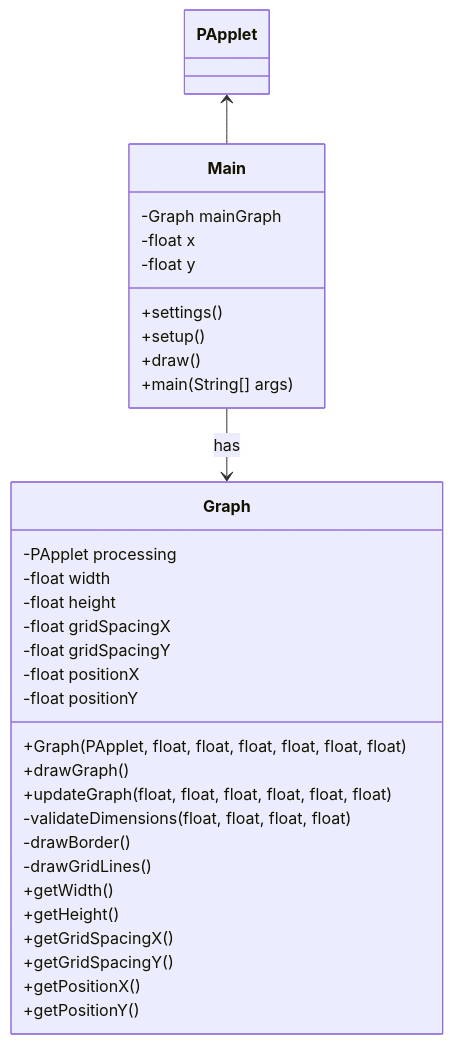
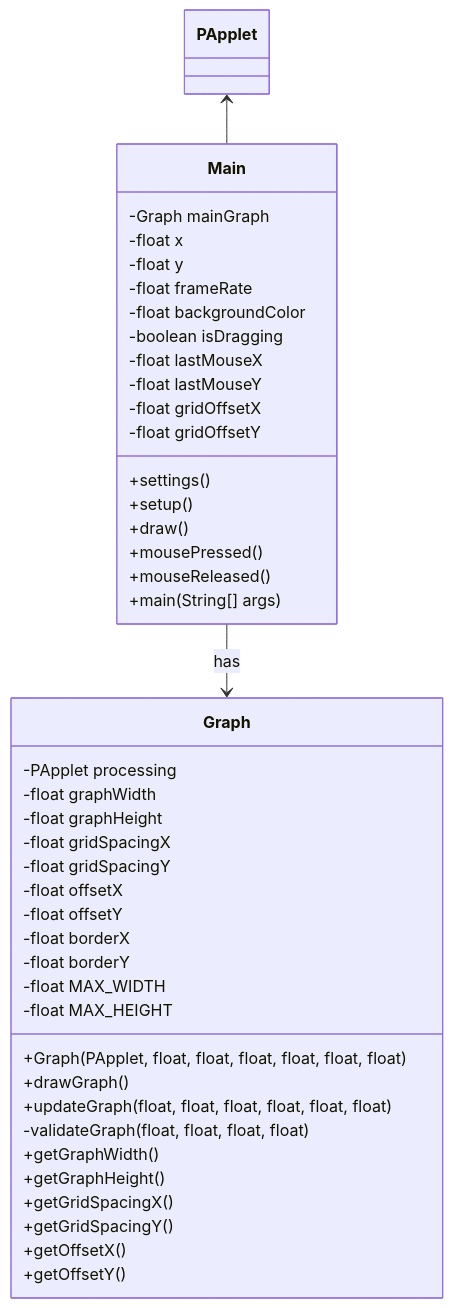
Before and after one commit to SedWilliams/MathFunctionVisualizer: the diagram in README.md, drawn with Mermaid. The commit also changed other lines of this file and 4 other files, not shown here.

Commit message:
windowed graph, pannable graph, indefinite(almost) graph, and large refactoring.

````diff
--- a/README.md
+++ b/README.md
@@ -13,37 +17,48 @@
 ```mermaid
 classDiagram
     class Main {
         -Graph mainGraph
         -float x
         -float y
+        -float frameRate
+        -float backgroundColor
+        -boolean isDragging
+        -float lastMouseX
+        -float lastMouseY
+        -float gridOffsetX
+        -float gridOffsetY
         +settings()
         +setup()
         +draw()
+        +mousePressed()
+        +mouseReleased()
         +main(String[] args)
     }
     
     class Graph {
         -PApplet processing
-        -float width
-        -float height
+        -float graphWidth
+        -float graphHeight
         -float gridSpacingX
         -float gridSpacingY
-        -float positionX
-        -float positionY
+        -float offsetX
+        -float offsetY
+        -float borderX
+        -float borderY
+        -float MAX_WIDTH
+        -float MAX_HEIGHT
         +Graph(PApplet, float, float, float, float, float, float)
         +drawGraph()
         +updateGraph(float, float, float, float, float, float)
-        -validateDimensions(float, float, float, float)
-        -drawBorder()
-        -drawGridLines()
-        +getWidth()
-        +getHeight()
+        -validateGraph(float, float, float, float)
+        +getGraphWidth()
+        +getGraphHeight()
         +getGridSpacingX()
         +getGridSpacingY()
-        +getPositionX()
-        +getPositionY()
+        +getOffsetX()
+        +getOffsetY()
     }
     
     PApplet <-- Main
     Main --> Graph : has
 ```
````
